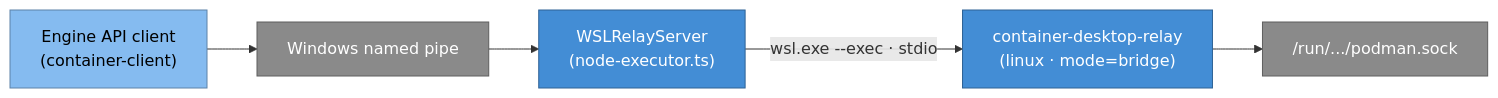
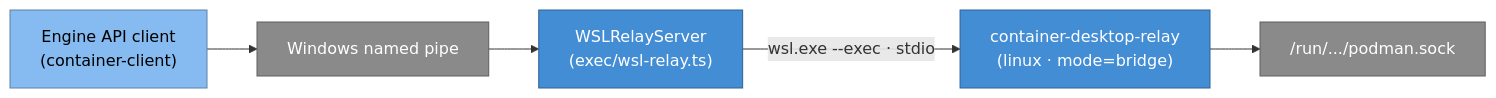
The fifth of 6 diagrams in docs/architecture/connection-startup.md (iongion/container-desktop), drawn with Mermaid before and after one commit. The commit also changed other lines of this file and 2 other files, not shown here.

Commit message:
docs: point node-executor references at the new platform/exec/ modules
node-executor.ts is now a thin facade. Update the WSLRelayServer links/labels in
connection-startup.md, the node-primitives row in overview.md, and the Layout
section in CLAUDE.md to reflect the exec/ module split.

````diff
--- a/docs/architecture/connection-startup.md
+++ b/docs/architecture/connection-startup.md
@@ -188,14 +188,14 @@
 ```mermaid
 flowchart LR
   client["Engine API client<br/>(container-client)"]:::component
   pipe["Windows named pipe"]:::external
-  server["WSLRelayServer<br/>(node-executor.ts)"]:::container
+  server["WSLRelayServer<br/>(exec/wsl-relay.ts)"]:::container
   bridge["container-desktop-relay<br/>(linux · mode=bridge)"]:::container
   sock["/run/.../podman.sock"]:::external
 
   client --> pipe --> server -->|wsl.exe --exec · stdio| bridge --> sock
 
   classDef component fill:#85bbf0,color:#000,stroke:#5d82a8;
   classDef container fill:#438dd5,color:#fff,stroke:#2e6295;
   classDef external fill:#8a8a8a,color:#fff,stroke:#5e5e5e;
 ```
````
